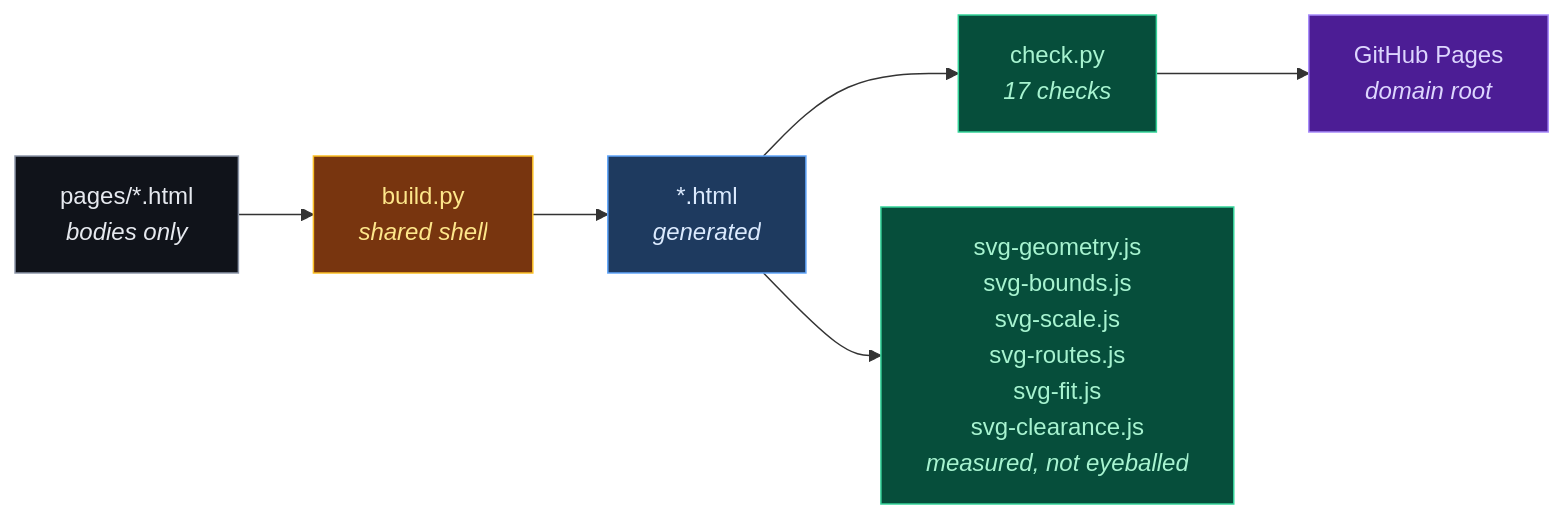
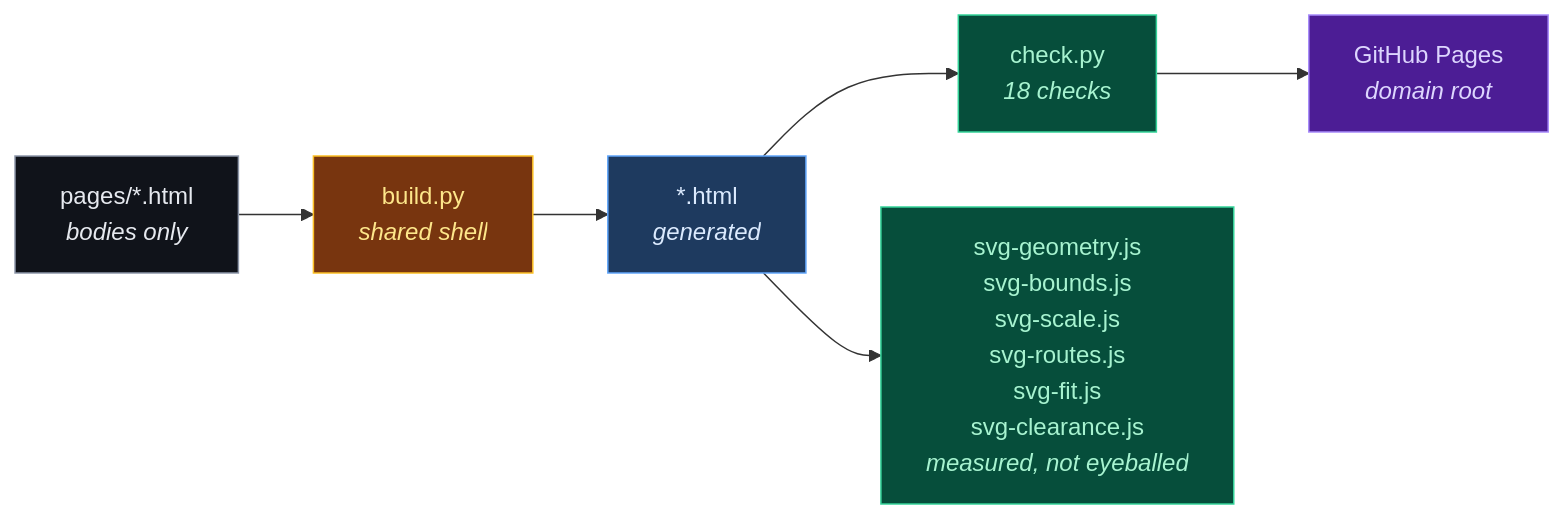
Before and after one commit to doublegate-io/doublegate-io.github.io: the diagram in README.md, drawn with Mermaid. The commit also changed other lines of this file and 9 other files, not shown here.

````diff
--- a/README.md
+++ b/README.md
@@ -34,15 +35,15 @@
 ```mermaid
 flowchart LR
   P["pages/*.html<br/><i>bodies only</i>"] --> B["build.py<br/><i>shared shell</i>"]
   B --> O["*.html<br/><i>generated</i>"]
-  O --> C["check.py<br/><i>17 checks</i>"]
+  O --> C["check.py<br/><i>18 checks</i>"]
   O --> G["svg-geometry.js<br/>svg-bounds.js<br/>svg-scale.js<br/>svg-routes.js<br/>svg-fit.js<br/>svg-clearance.js<br/><i>measured, not eyeballed</i>"]
   C --> D["GitHub Pages<br/><i>domain root</i>"]
 
   style P fill:#10131a,stroke:#8d97a9,color:#e6e9ef
   style B fill:#78350f,stroke:#fbbf24,color:#fde68a
   style O fill:#1e3a5f,stroke:#60a5fa,color:#dbeafe
   style C fill:#064e3b,stroke:#34d399,color:#a7f3d0
   style G fill:#064e3b,stroke:#34d399,color:#a7f3d0
   style D fill:#4c1d95,stroke:#a78bfa,color:#ddd6fe
 ```
````
